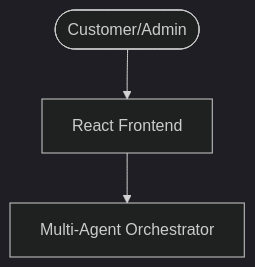
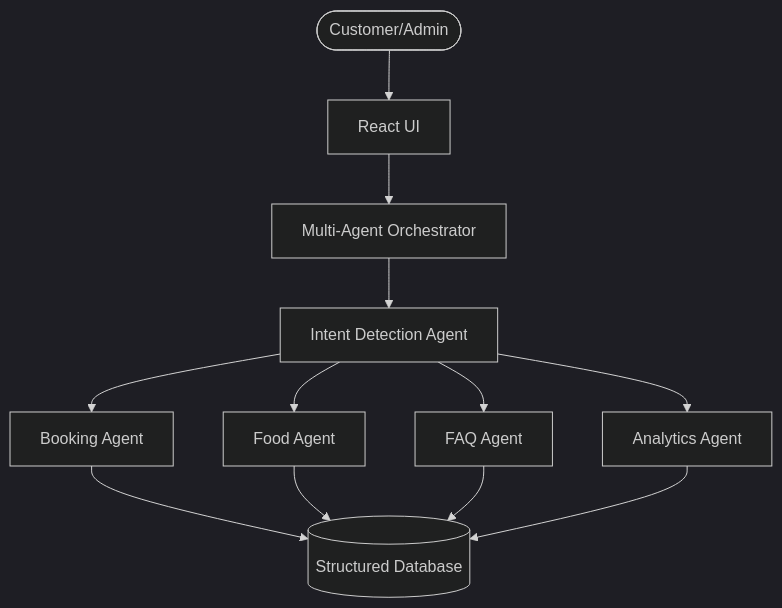
One commit to rishabh0074/DizinSAi changed the diagram in README.md. Above: the diagram before and after it, drawn with Mermaid (dark theme). The commit also changed other lines of this file, not shown here.

````diff
--- a/README.md
+++ b/README.md
@@ -40,5 +89,17 @@
 ```mermaid
 graph TD
-    User([Customer/Admin]) --> UI[React Frontend]
+    User([Customer/Admin]) --> UI[React UI]
     UI --> Orchestrator[Multi-Agent Orchestrator]
+
+    Orchestrator --> IntentAgent[Intent Detection Agent]
+
+    IntentAgent --> BookingAgent[Booking Agent]
+    IntentAgent --> FoodAgent[Food Agent]
+    IntentAgent --> FAQAgent[FAQ Agent]
+    IntentAgent --> AnalyticsAgent[Analytics Agent]
+
+    BookingAgent --> Database[(Structured Database)]
+    FoodAgent --> Database
+    FAQAgent --> Database
+    AnalyticsAgent --> Database
 ```
````
